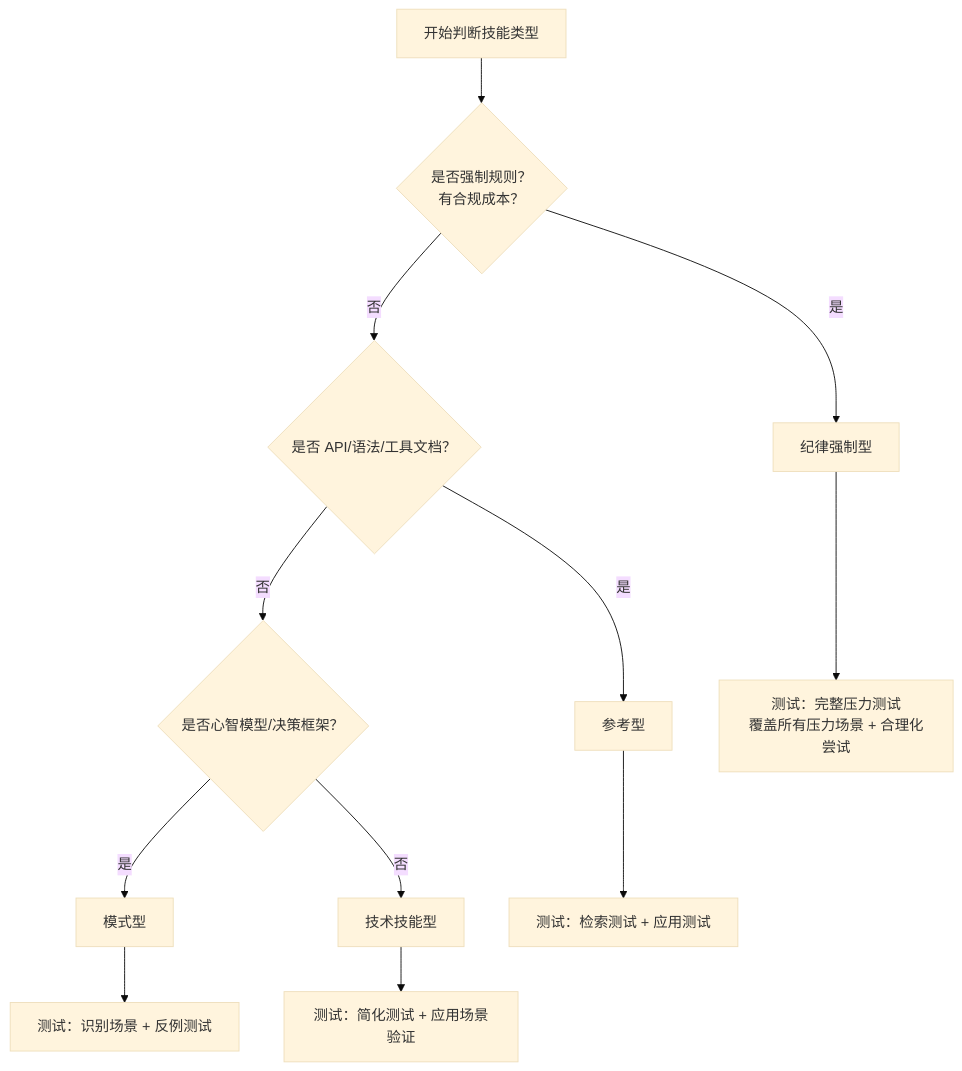
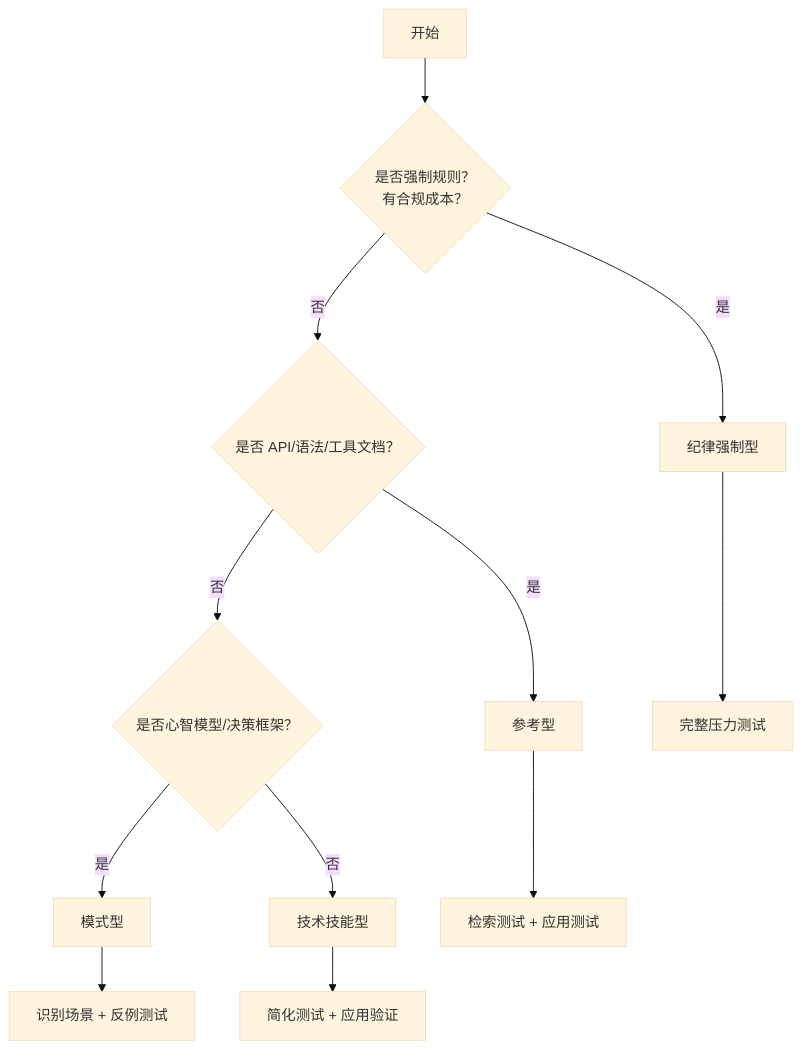
One commit to Z-JaDe/meta-skill changed the second of 4 diagrams in skills/meta-skill/SKILL.md. Above: the diagram before and after it, drawn with Mermaid (base theme). The commit also changed other lines of this file and 1 other file, not shown here.

````diff
--- a/skills/meta-skill/SKILL.md
+++ b/skills/meta-skill/SKILL.md
@@ -102,15 +102,15 @@
 ```mermaid
 flowchart TD
-    Start[开始判断技能类型] --> Q1{是否强制规则？<br/>有合规成本？}
+    Start[开始] --> Q1{是否强制规则？<br/>有合规成本？}
     Q1 -->|是 | Type1[纪律强制型]
     Q1 -->|否 | Q2{是否 API/语法/工具文档？}
     Q2 -->|是 | Type4[参考型]
     Q2 -->|否 | Q3{是否心智模型/决策框架？}
     Q3 -->|是 | Type3[模式型]
     Q3 -->|否 | Type2[技术技能型]
     
-    Type1 --> T1[测试：完整压力测试<br/>覆盖所有压力场景 + 合理化尝试]
-    Type2 --> T2[测试：简化测试 + 应用场景验证]
-    Type3 --> T3[测试：识别场景 + 反例测试]
-    Type4 --> T4[测试：检索测试 + 应用测试]
+    Type1 --> T1[完整压力测试]
+    Type2 --> T2[简化测试 + 应用验证]
+    Type3 --> T3[识别场景 + 反例测试]
+    Type4 --> T4[检索测试 + 应用测试]
 ```
````
